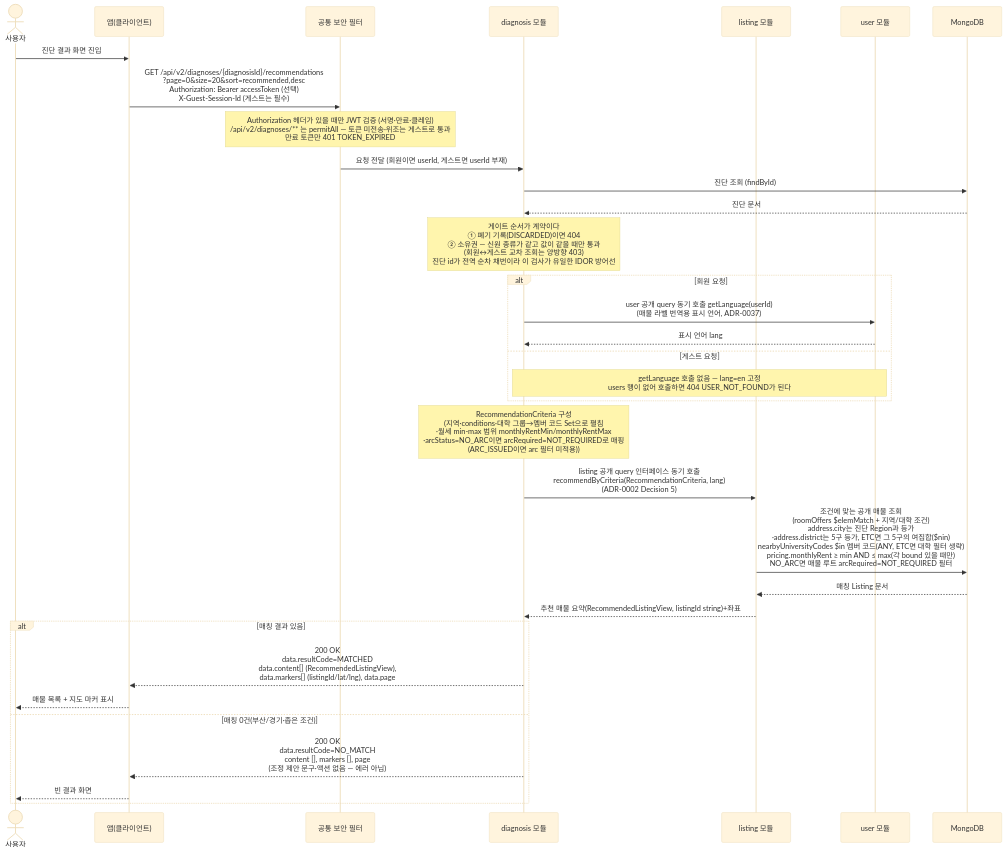
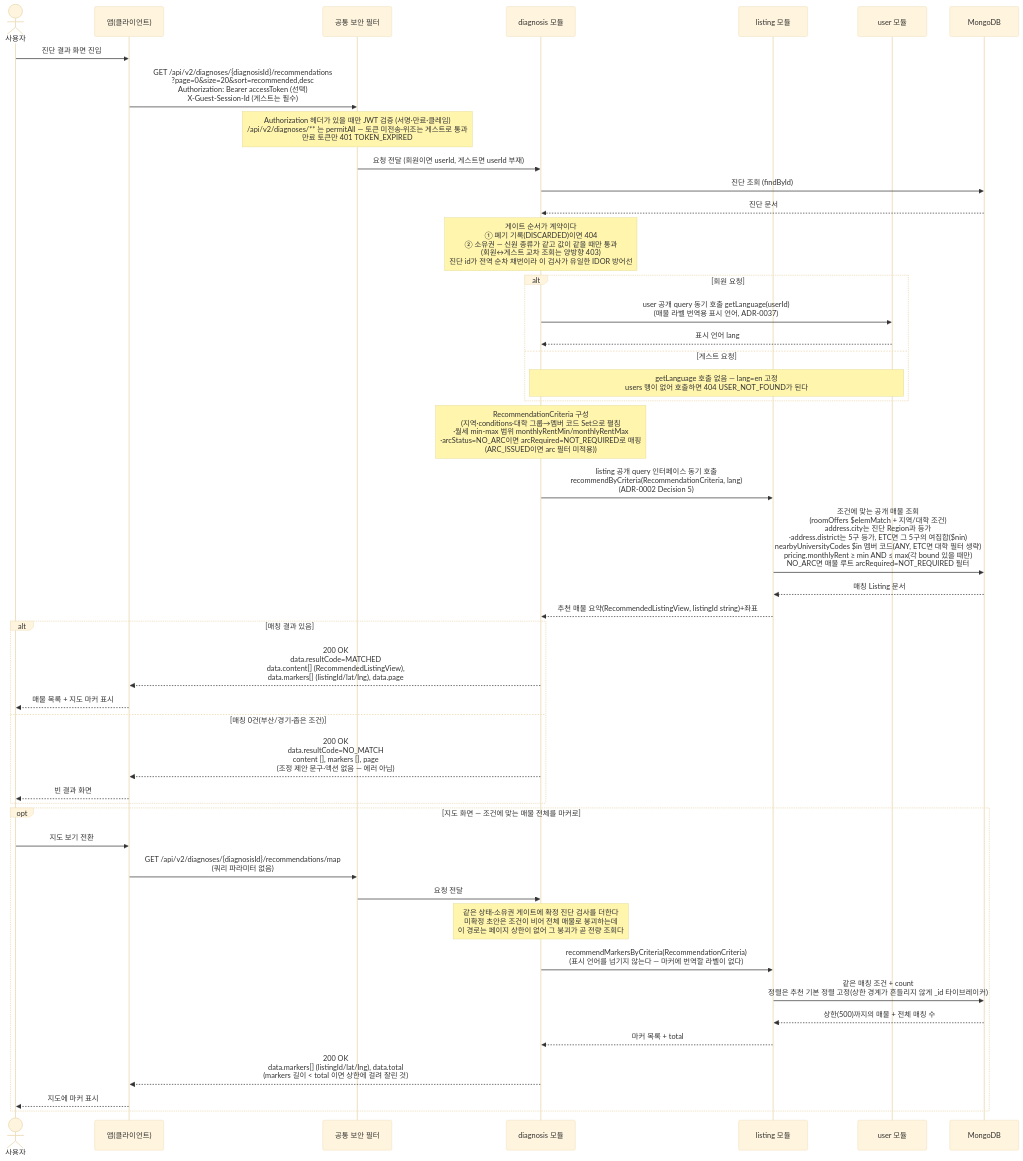
The diagram in docs/architecture/sequence-diagrams/02-diagnosis-recommendation/us-2-2-recommendations.md (jameskim9509/Kohere-backend), drawn with Mermaid (base theme) before and after one commit. The commit also changed other lines of this file and 4 other files, not shown here.

First line of the commit message:
docs(diagnosis): 진단 추천 전체 지도 마커 조회 API 문서화

````diff
--- a/docs/architecture/sequence-diagrams/02-diagnosis-recommendation/us-2-2-recommendations.md
+++ b/docs/architecture/sequence-diagrams/02-diagnosis-recommendation/us-2-2-recommendations.md
@@ -5,36 +5,49 @@
 ```mermaid
 sequenceDiagram
     actor U as 사용자
     participant C as 앱(클라이언트)
     participant SEC as 공통 보안 필터
     participant DIAG as diagnosis 모듈
     participant LIST as listing 모듈
     participant USER as user 모듈
     participant DB as MongoDB
 
     U->>C: 진단 결과 화면 진입
     C->>SEC: GET /api/v2/diagnoses/{diagnosisId}/recommendations<br/>?page=0&size=20&sort=recommended,desc<br/>Authorization: Bearer accessToken (선택)<br/>X-Guest-Session-Id (게스트는 필수)
     Note over SEC: Authorization 헤더가 있을 때만 JWT 검증 (서명·만료·클레임)<br/>/api/v2/diagnoses/** 는 permitAll — 토큰 미전송·위조는 게스트로 통과<br/>만료 토큰만 401 TOKEN_EXPIRED
     SEC->>DIAG: 요청 전달 (회원이면 userId, 게스트면 userId 부재)
     DIAG->>DB: 진단 조회 (findById)
     DB-->>DIAG: 진단 문서
     Note over DIAG: 게이트 순서가 계약이다<br/>① 폐기 기록(DISCARDED)이면 404<br/>② 소유권 — 신원 종류가 같고 값이 같을 때만 통과<br/>(회원↔게스트 교차 조회는 양방향 403)<br/>진단 id가 전역 순차 채번이라 이 검사가 유일한 IDOR 방어선
     alt 회원 요청
         DIAG->>USER: user 공개 query 동기 호출 getLanguage(userId)<br/>(매물 라벨 번역용 표시 언어, ADR-0037)
         USER-->>DIAG: 표시 언어 lang
     else 게스트 요청
         Note over DIAG,USER: getLanguage 호출 없음 — lang=en 고정<br/>users 행이 없어 호출하면 404 USER_NOT_FOUND가 된다
     end
     Note over DIAG: RecommendationCriteria 구성<br/>(지역·conditions·대학 그룹→멤버 코드 Set으로 펼침<br/>·월세 min-max 범위 monthlyRentMin/monthlyRentMax<br/>·arcStatus=NO_ARC이면 arcRequired=NOT_REQUIRED로 매핑<br/>(ARC_ISSUED이면 arc 필터 미적용))
     DIAG->>LIST: listing 공개 query 인터페이스 동기 호출<br/>recommendByCriteria(RecommendationCriteria, lang)<br/>(ADR-0002 Decision 5)
     LIST->>DB: 조건에 맞는 공개 매물 조회<br/>(roomOffers $elemMatch + 지역/대학 조건)<br/>address.city는 진단 Region과 등가<br/>·address.district는 5구 등가, ETC면 그 5구의 여집합($nin)<br/>nearbyUniversityCodes $in 멤버 코드(ANY, ETC면 대학 필터 생략)<br/>pricing.monthlyRent ≥ min AND ≤ max(각 bound 있을 때만)<br/>NO_ARC면 매물 루트 arcRequired=NOT_REQUIRED 필터
     DB-->>LIST: 매칭 Listing 문서
     LIST-->>DIAG: 추천 매물 요약(RecommendedListingView, listingId string)+좌표
     alt 매칭 결과 있음
         DIAG-->>C: 200 OK<br/>data.resultCode=MATCHED<br/>data.content[] (RecommendedListingView),<br/>data.markers[] (listingId/lat/lng), data.page
         C-->>U: 매물 목록 + 지도 마커 표시
     else 매칭 0건(부산/경기·좁은 조건)
         DIAG-->>C: 200 OK<br/>data.resultCode=NO_MATCH<br/>content [], markers [], page<br/>(조정 제안 문구·액션 없음 — 에러 아님)
         C-->>U: 빈 결과 화면
     end
+
+    opt 지도 화면 — 조건에 맞는 매물 전체를 마커로
+        U->>C: 지도 보기 전환
+        C->>SEC: GET /api/v2/diagnoses/{diagnosisId}/recommendations/map<br/>(쿼리 파라미터 없음)
+        SEC->>DIAG: 요청 전달
+        Note over DIAG: 같은 상태·소유권 게이트에 확정 진단 검사를 더한다<br/>미확정 초안은 조건이 비어 전체 매물로 붕괴하는데<br/>이 경로는 페이지 상한이 없어 그 붕괴가 곧 전량 조회다
+        DIAG->>LIST: recommendMarkersByCriteria(RecommendationCriteria)<br/>(표시 언어를 넘기지 않는다 — 마커에 번역할 라벨이 없다)
+        LIST->>DB: 같은 매칭 조건 + count<br/>정렬은 추천 기본 정렬 고정(상한 경계가 흔들리지 않게 _id 타이브레이커)
+        DB-->>LIST: 상한(500)까지의 매물 + 전체 매칭 수
+        LIST-->>DIAG: 마커 목록 + total
+        DIAG-->>C: 200 OK<br/>data.markers[] (listingId/lat/lng), data.total<br/>(markers 길이 < total 이면 상한에 걸려 잘린 것)
+        C-->>U: 지도에 마커 표시
+    end
 ```
````
